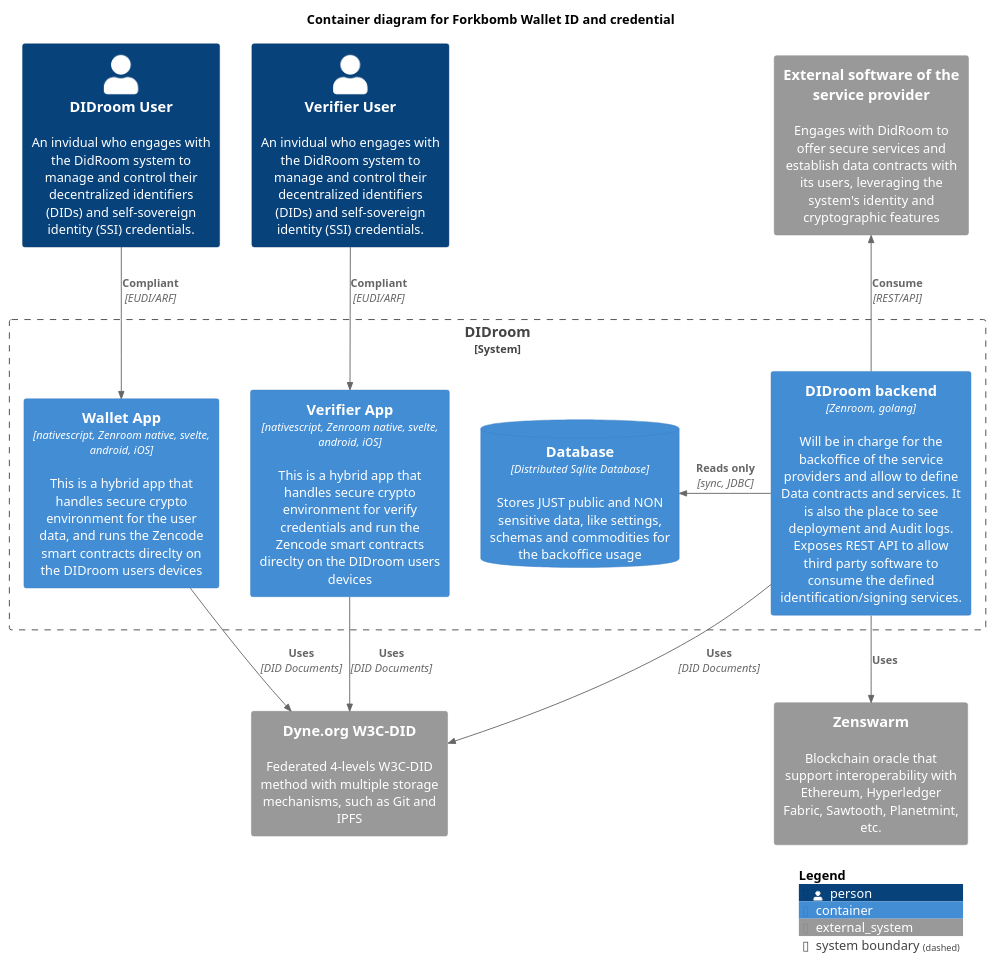
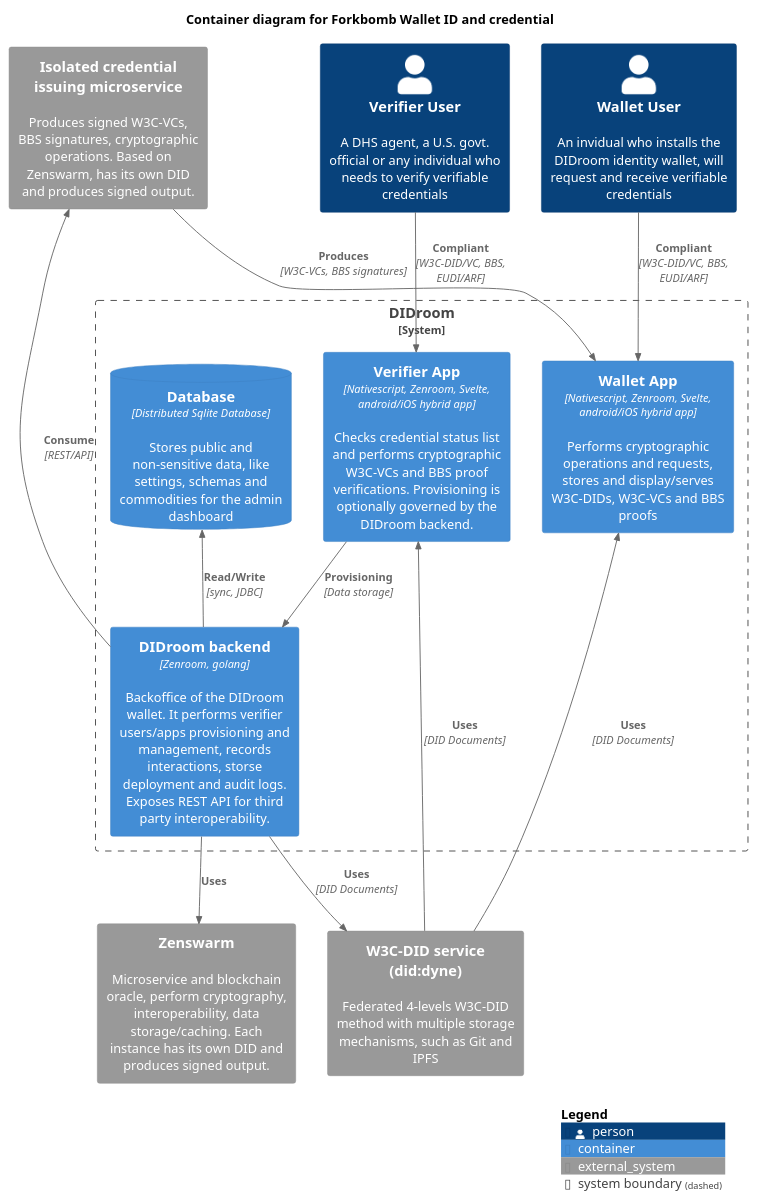
One commit to ForkbombEu/DIDroom changed the diagram in diagrams/04_wallet_id_verifier.puml. Above: the diagram before and after it, drawn with PlantUML.

```diff
--- a/diagrams/04_wallet_id_verifier.puml
+++ b/diagrams/04_wallet_id_verifier.puml
@@ -1,35 +1,38 @@
 @startuml
 !include C4_Container.puml
 
 title Container diagram for Forkbomb Wallet ID and credential 
 
-Person(user, "DIDroom User", "An invidual who engages with the DidRoom system to manage and control their decentralized identifiers (DIDs) and self-sovereign identity (SSI) credentials.")
-Person(verifier, "Verifier User", "An invidual who engages with the DidRoom system to manage and control their decentralized identifiers (DIDs) and self-sovereign identity (SSI) credentials.")
+Person(user, "Wallet User", "An invidual who installs the DIDroom identity wallet, will request and receive verifiable credentials")
+Person(verifier, "Verifier User", "A DHS agent, a U.S. govt. official or any individual who needs to verify verifiable credentials")
 
 
 
 System_Boundary(didroom, "DIDroom") {
-  ContainerDb(db, "Database", "Distributed Sqlite Database", "Stores JUST public and NON sensitive data, like settings, schemas and commodities for the backoffice usage")
-  Container(didroom_backend, "DIDroom backend", "Zenroom, golang", "Will be in charge for the backoffice of the service providers and allow to define Data contracts and services. It is also the place to see deployment and Audit logs. Exposes REST API to allow third party software to consume the defined identification/signing services.")
-  Container(wallet, "Wallet App", "nativescript, Zenroom native, svelte, android, iOS", "This is a hybrid app that handles secure crypto environment for the user data, and runs the Zencode smart contracts direclty on the DIDroom users devices")
-  Container(verifier_app, "Verifier App", "nativescript, Zenroom native, svelte, android, iOS", "This is a hybrid app that handles secure crypto environment for verify credentials and run the Zencode smart contracts direclty on the DIDroom users devices")
+  ContainerDb(db, "Database", "Distributed Sqlite Database", "Stores public and non-sensitive data, like settings, schemas and commodities for the admin dashboard")
+  Container(didroom_backend, "DIDroom backend", "Zenroom, golang", "Backoffice of the DIDroom wallet. It performs verifier users/apps provisioning and management, records interactions, storse deployment and audit logs. Exposes REST API for third party interoperability.")
+  Container(wallet, "Wallet App", "Nativescript, Zenroom, Svelte, android/iOS hybrid app", "Performs cryptographic operations and requests, stores and display/serves W3C-DIDs, W3C-VCs and BBS proofs ")
+  Container(verifier_app, "Verifier App", "Nativescript, Zenroom, Svelte, android/iOS hybrid app", "Checks credential status list and performs cryptographic W3C-VCs and BBS proof verifications. Provisioning is optionally governed by the DIDroom backend.")
 }
 
 
-System_Ext(did, "Dyne.org W3C-DID", "Federated 4-levels W3C-DID method with multiple storage mechanisms, such as Git and IPFS")
-System_Ext(zenswarm, "Zenswarm", "Blockchain oracle that support interoperability with Ethereum, Hyperledger Fabric, Sawtooth, Planetmint, etc.")
-System_Ext(service, "External software of the service provider", "Engages with DidRoom to offer secure services and establish data contracts with its users, leveraging the system's identity and cryptographic features")
+System_Ext(did, "W3C-DID service (did:dyne)", "Federated 4-levels W3C-DID method with multiple storage mechanisms, such as Git and IPFS")
+System_Ext(zenswarm, "Zenswarm", "Microservice and blockchain oracle, perform cryptography, interoperability, data storage/caching. Each instance has its own DID and produces signed output.")
+System_Ext(service, "Isolated credential issuing microservice", "Produces signed W3C-VCs, BBS signatures, cryptographic operations. Based on Zenswarm, has its own DID and produces signed output.")
 
-Rel(user, wallet, "Compliant", "EUDI/ARF")
-Rel(verifier, verifier_app, "Compliant", "EUDI/ARF")
+Rel(user, wallet, "Compliant", "W3C-DID/VC, BBS, EUDI/ARF")
+Rel(verifier, verifier_app, "Compliant", "W3C-DID/VC, BBS, EUDI/ARF")
+Rel(verifier_app, didroom_backend, "Provisioning", "Data storage")
+Rel(service, wallet, "Produces", "W3C-VCs, BBS signatures")
+
+
 Rel_Back(service, didroom_backend, "Consume", "REST/API")
-
-Rel_Back_Neighbor(db, didroom_backend, "Reads only", "sync, JDBC")
+Rel_Back(db, didroom_backend, "Read/Write", "sync, JDBC")
 
 Rel(didroom_backend, did, "Uses", "DID Documents")
-Rel(wallet, did, "Uses", "DID Documents")
-Rel(verifier_app, did, "Uses", "DID Documents")
+Rel_Back(wallet, did, "Uses", "DID Documents")
+Rel_Back(verifier_app, did, "Uses", "DID Documents")
 Rel(didroom_backend, zenswarm, "Uses")
 
 SHOW_LEGEND()
 @enduml
```
